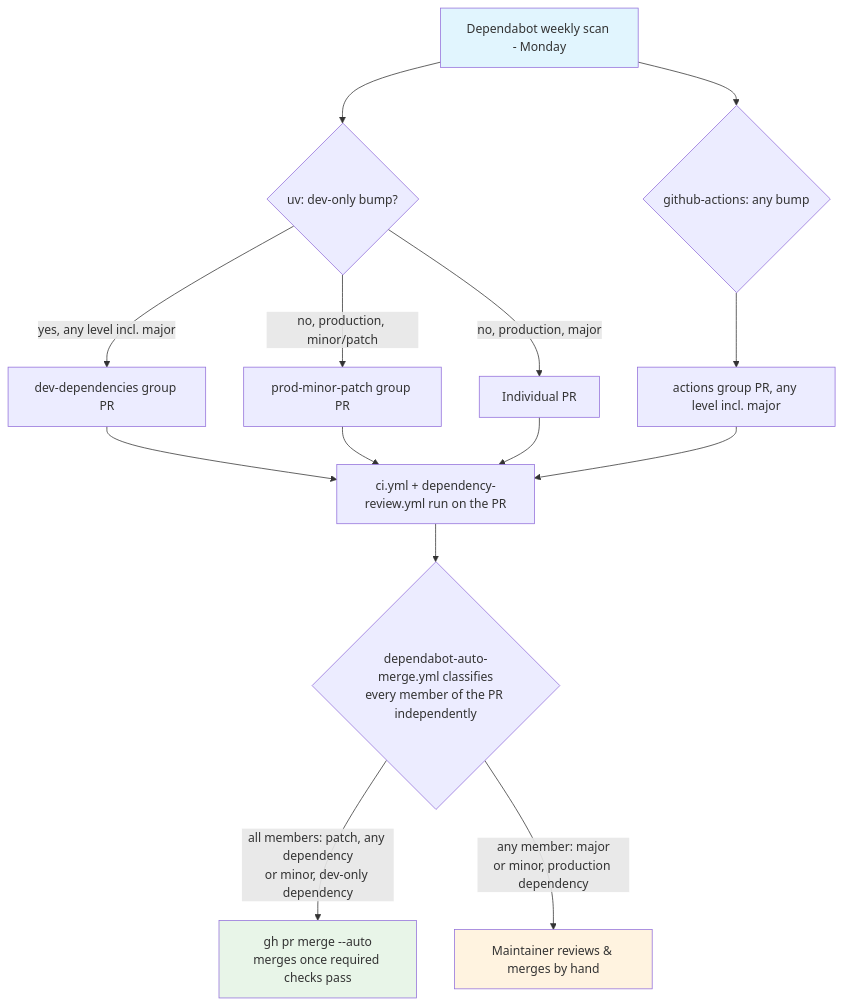
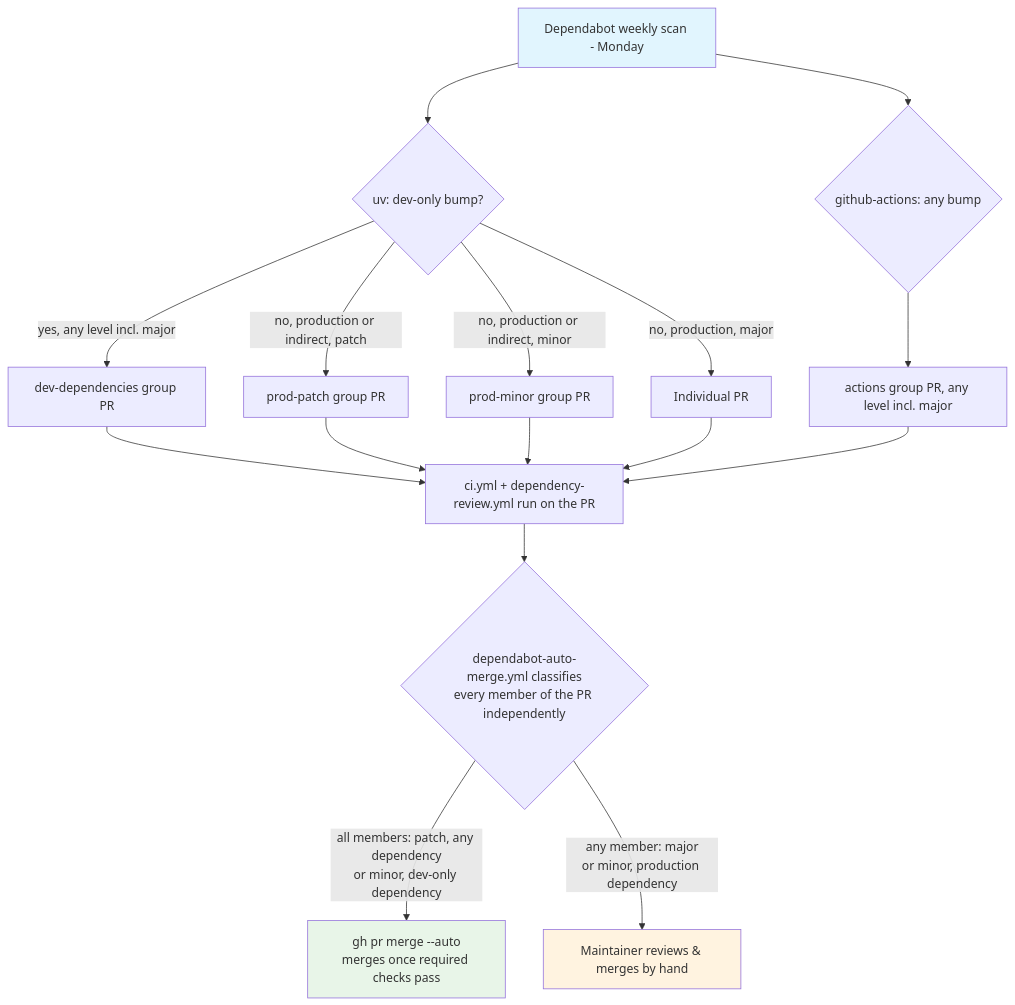
Before and after one commit to davidouagne/datahub-yaml-source: the diagram in spec/spec-process-cicd-dependabot.md, drawn with Mermaid. The commit also changed other lines of this file and 3 other files, not shown here.

First line of the commit message:
ci: split Dependabot prod group into patch and minor

````diff
--- a/spec/spec-process-cicd-dependabot.md
+++ b/spec/spec-process-cicd-dependabot.md
@@ -30,20 +30,22 @@
 ```mermaid
 graph TD
     A[Dependabot weekly scan - Monday] --> B{uv: dev-only bump?}
     B -->|yes, any level incl. major| C[dev-dependencies group PR]
-    B -->|no, production, minor/patch| D[prod-minor-patch group PR]
+    B -->|no, production or indirect, patch| D[prod-patch group PR]
+    B -->|no, production or indirect, minor| D2[prod-minor group PR]
     B -->|no, production, major| E[Individual PR]
     A --> F{github-actions: any bump}
     F --> G[actions group PR, any level incl. major]
     C --> H[ci.yml + dependency-review.yml run on the PR]
     D --> H
+    D2 --> H
     E --> H
     G --> H
     H --> I{dependabot-auto-merge.yml classifies<br/>every member of the PR independently}
     I -->|all members: patch, any dependency<br/>or minor, dev-only dependency| J[gh pr merge --auto<br/>merges once required checks pass]
     I -->|any member: major<br/>or minor, production dependency| K[Maintainer reviews & merges by hand]
 
     style A fill:#e1f5fe
     style K fill:#fff3e0
     style J fill:#e8f5e8
 ```
````
